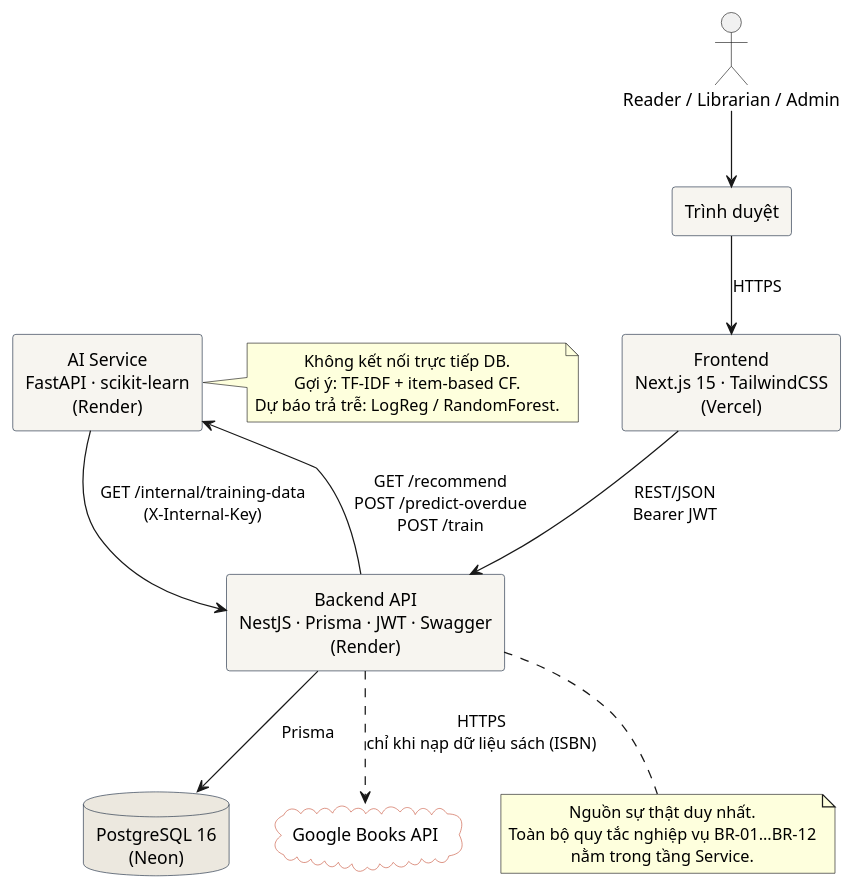
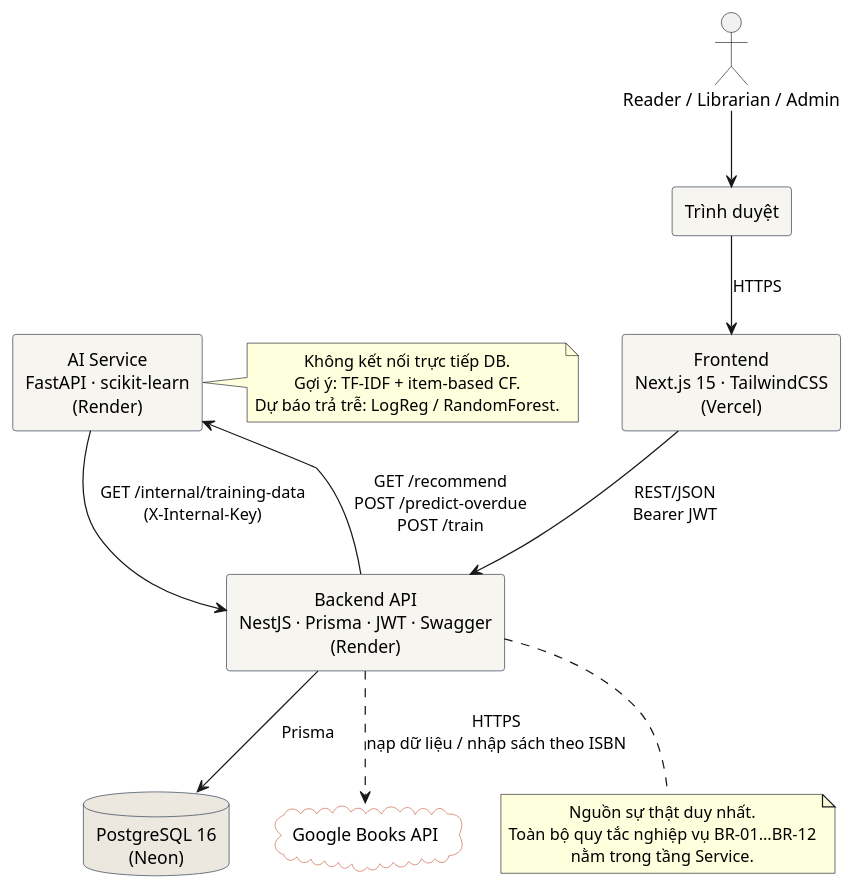
One commit to khoidev2001/university-library-system changed the diagram in docs/uml/system-context.puml. Above: the diagram before and after it, drawn with PlantUML. The commit also changed 8 other files, not shown here.

First line of the commit message:
docs: FR-BOOK-05 nhập sách theo ISBN; sửa số liệu brief; cập nhật biểu đồ

```diff
--- a/docs/uml/system-context.puml
+++ b/docs/uml/system-context.puml
@@ -1,45 +1,45 @@
 @startuml system-context
 ' Sơ đồ bối cảnh hệ thống — SRS mục 2.1
 skinparam componentStyle rectangle
 skinparam defaultTextAlignment center
 skinparam rectangle {
   BackgroundColor #F7F5F0
   BorderColor #1B2A41
 }
 skinparam database {
   BackgroundColor #ECE8DF
   BorderColor #1B2A41
 }
 skinparam cloud {
   BackgroundColor #FFFFFF
   BorderColor #C8553D
 }
 
 actor "Reader / Librarian / Admin" as User
 
 rectangle "Trình duyệt" as Browser
 rectangle "Frontend\nNext.js 15 · TailwindCSS\n(Vercel)" as FE
 rectangle "Backend API\nNestJS · Prisma · JWT · Swagger\n(Render)" as BE
 rectangle "AI Service\nFastAPI · scikit-learn\n(Render)" as AI
 database "PostgreSQL 16\n(Neon)" as DB
 cloud "Google Books API" as GB
 
 User --> Browser
 Browser --> FE : HTTPS
 FE --> BE : REST/JSON\nBearer JWT
 BE --> DB : Prisma
 BE --> AI : GET /recommend\nPOST /predict-overdue\nPOST /train
 AI --> BE : GET /internal/training-data\n(X-Internal-Key)
-BE ..> GB : HTTPS\nchỉ khi nạp dữ liệu sách (ISBN)
+BE ..> GB : HTTPS\nnạp dữ liệu / nhập sách theo ISBN
 
 note right of AI
   Không kết nối trực tiếp DB.
   Gợi ý: TF-IDF + item-based CF.
   Dự báo trả trễ: LogReg / RandomForest.
 end note
 note bottom of BE
   Nguồn sự thật duy nhất.
   Toàn bộ quy tắc nghiệp vụ BR-01…BR-12
   nằm trong tầng Service.
 end note
 @enduml
```
